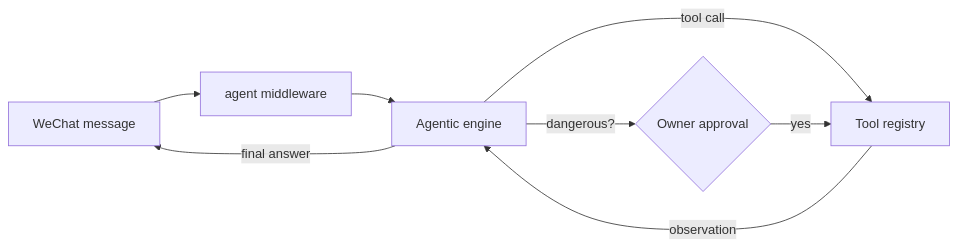
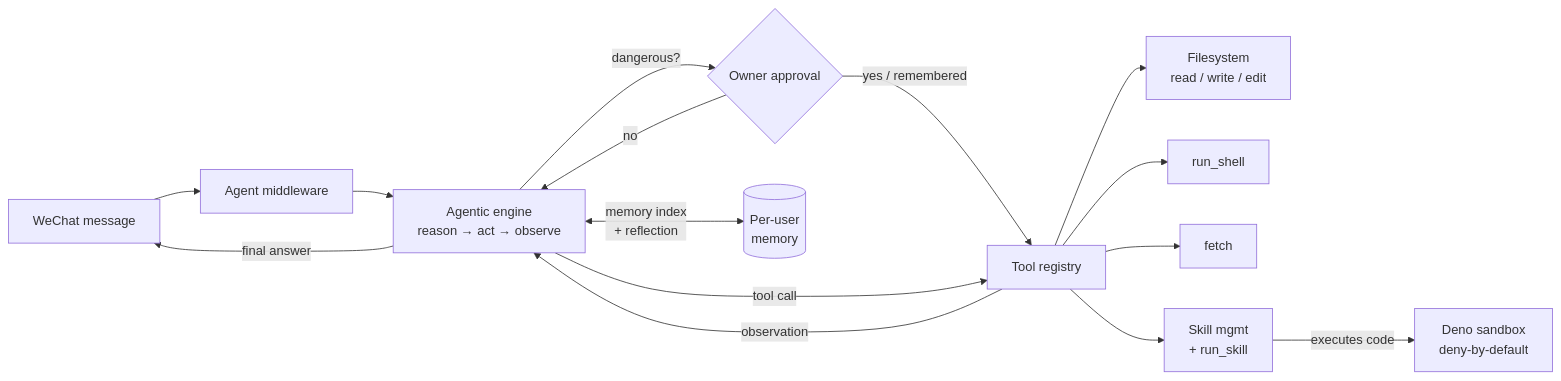
The first of 2 diagrams in README.md (stkevintan/zzyclaw), drawn with Mermaid before and after one commit. The commit also changed other lines of this file and 7 other files, not shown here.

First line of the commit message:
Rename http_get tool to fetch with POST/PATCH/DELETE support (#17)

````diff
--- a/README.md
+++ b/README.md
@@ -34,10 +26,23 @@
 ```mermaid
 flowchart LR
-    WeChat[WeChat message] --> MW[agent middleware]
-    MW --> Engine[Agentic engine]
+    WeChat[WeChat message] --> MW[Agent middleware]
+    MW --> Engine[Agentic engine<br/>reason → act → observe]
+
+    Engine -->|final answer| WeChat
+
+    Engine -->|dangerous?| Approval{Owner approval}
+    Approval -->|no| Engine
+    Approval -->|yes / remembered| Tools
+
+    Engine <-->|memory index<br/>+ reflection| Memory[(Per-user<br/>memory)]
+
     Engine -->|tool call| Tools[Tool registry]
     Tools -->|observation| Engine
-    Engine -->|dangerous?| Approval{Owner approval}
-    Approval -->|yes| Tools
-    Engine -->|final answer| WeChat
+
+    Tools --> FS[Filesystem<br/>read / write / edit]
+    Tools --> Shell[run_shell]
+    Tools --> HTTP[fetch]
+    Tools --> Skills[Skill mgmt<br/>+ run_skill]
+
+    Skills -->|executes code| Sandbox[Deno sandbox<br/>deny-by-default]
 ```
````
